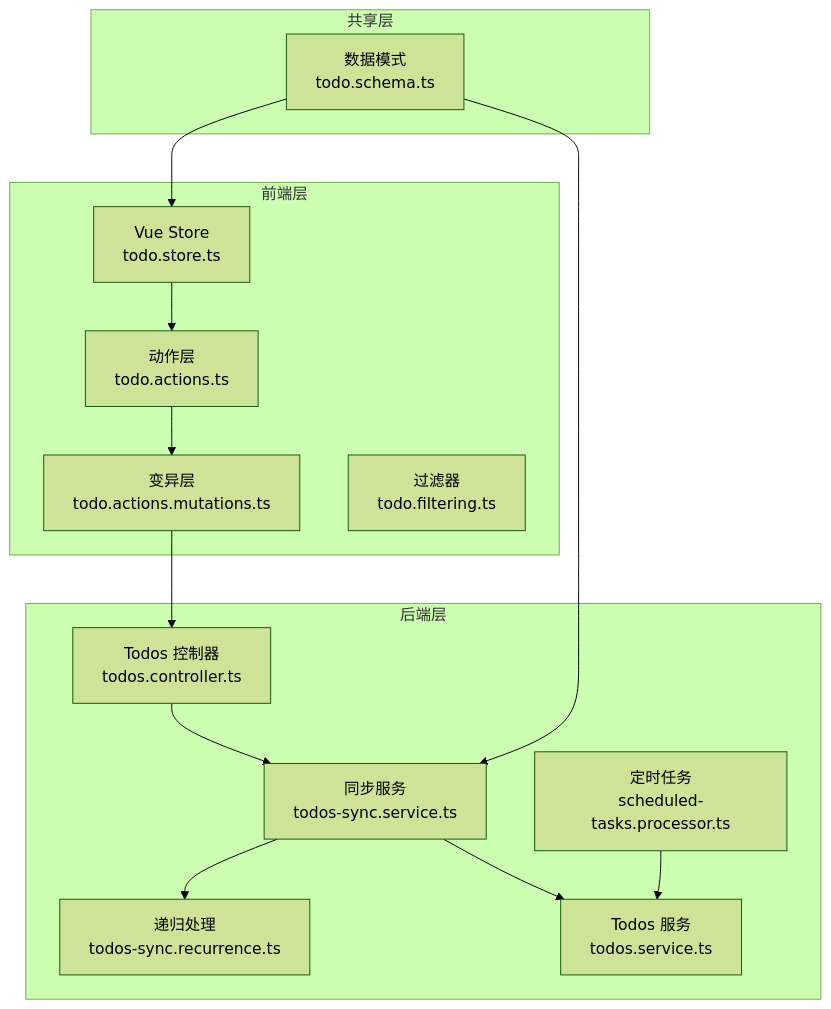
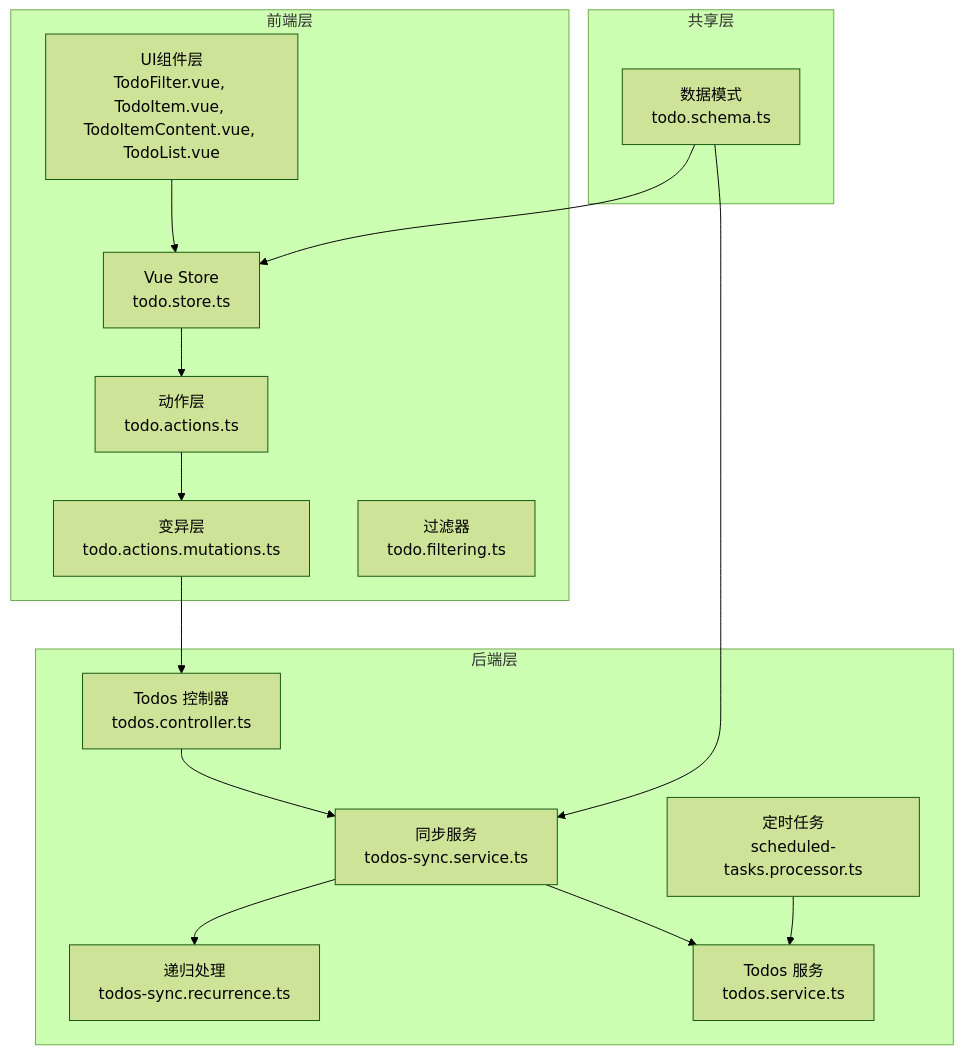
Before and after one commit to xixixiaoyu/Todo: the first of 10 diagrams in .qoder/repowiki/zh/content/后端开发/待办事项模块/待办事项延迟功能.md, drawn with Mermaid (forest theme). The commit also changed other lines of this file and 8 other files, not shown here.

````diff
--- a/.qoder/repowiki/zh/content/后端开发/待办事项模块/待办事项延迟功能.md
+++ b/.qoder/repowiki/zh/content/后端开发/待办事项模块/待办事项延迟功能.md
@@ -42,28 +56,30 @@
 ```mermaid
 graph TB
 subgraph "前端层"
 FE_Store[Vue Store<br/>todo.store.ts]
 FE_Actions[动作层<br/>todo.actions.ts]
 FE_Mutations[变异层<br/>todo.actions.mutations.ts]
 FE_Filter[过滤器<br/>todo.filtering.ts]
+FE_UI_Components[UI组件层<br/>TodoFilter.vue, TodoItem.vue, TodoItemContent.vue, TodoList.vue]
 end
 subgraph "共享层"
 Shared_Schema[数据模式<br/>todo.schema.ts]
 end
 subgraph "后端层"
 BE_Controller[Todos 控制器<br/>todos.controller.ts]
 BE_Service[Todos 服务<br/>todos.service.ts]
 BE_Sync[同步服务<br/>todos-sync.service.ts]
 BE_Recurrence[递归处理<br/>todos-sync.recurrence.ts]
 BE_Scheduler[定时任务<br/>scheduled-tasks.processor.ts]
 end
 FE_Store --> FE_Actions
 FE_Actions --> FE_Mutations
 FE_Mutations --> BE_Controller
 BE_Controller --> BE_Sync
 BE_Sync --> BE_Recurrence
 BE_Sync --> BE_Service
 BE_Scheduler --> BE_Service
 Shared_Schema --> FE_Store
 Shared_Schema --> BE_Sync
+FE_UI_Components --> FE_Store
 ```
````
